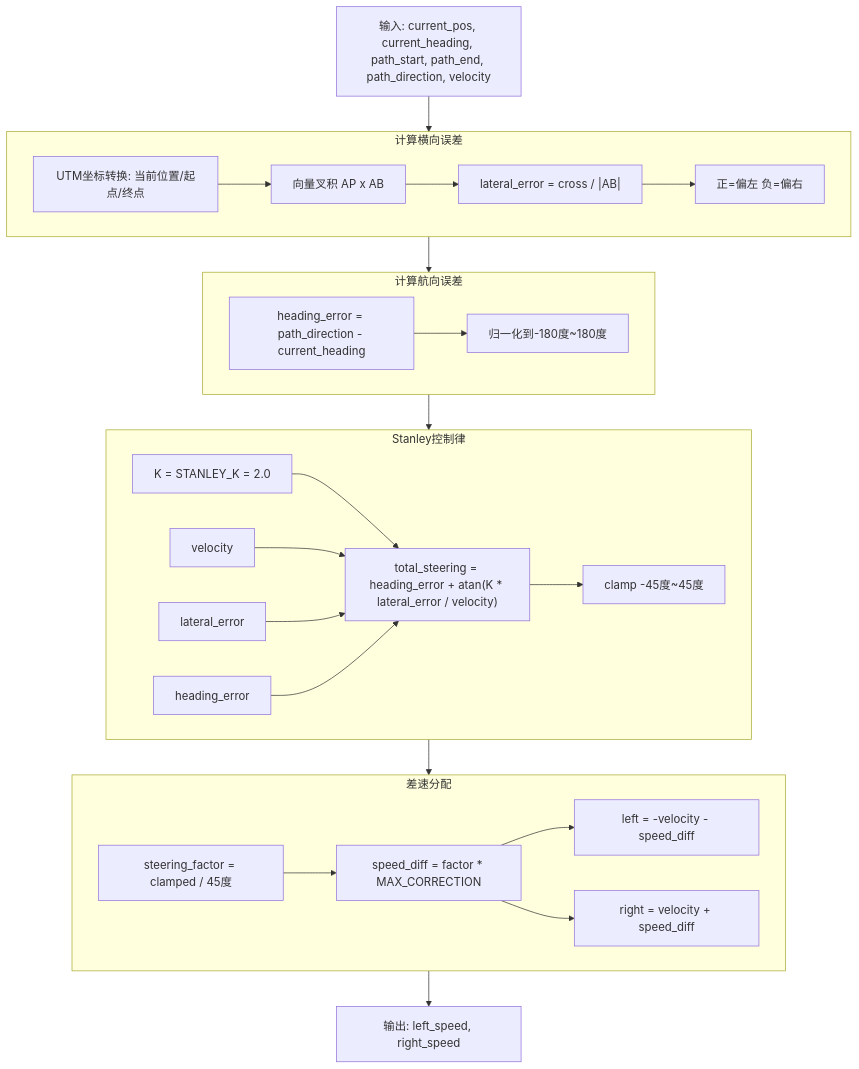
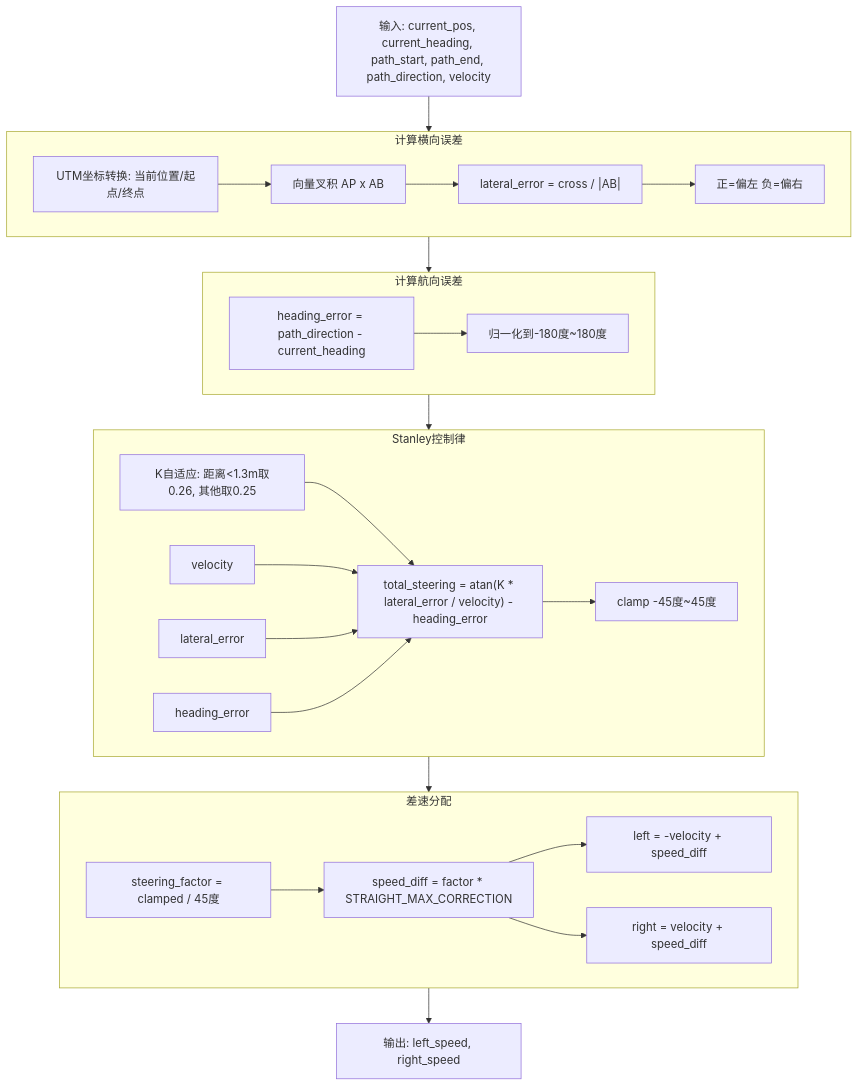
One commit to J123123-oss/robot_cleaning changed the fifth of 7 diagrams in README.md. Above: the diagram before and after it, drawn with Mermaid. The commit also changed other lines of this file and 1 other file, not shown here.

Commit message:
Handle abnormal Stanley heading recovery

````diff
--- a/README.md
+++ b/README.md
@@ -122,35 +125,35 @@
 ```mermaid
 graph TD
     INPUT["输入: current_pos, current_heading, path_start, path_end, path_direction, velocity"] --> STEP1
 
     subgraph STEP1["计算横向误差"]
         UTM1["UTM坐标转换: 当前位置/起点/终点"] --> CROSS["向量叉积 AP x AB"]
         CROSS --> LATERAL["lateral_error = cross / |AB|"]
         LATERAL --> SIGN["正=偏左 负=偏右"]
     end
 
     STEP1 --> STEP2
     subgraph STEP2["计算航向误差"]
         HEADING_ERR["heading_error = path_direction - current_heading"]
         HEADING_ERR --> NORMALIZE["归一化到-180度~180度"]
     end
 
     STEP2 --> STEP3
     subgraph STEP3["Stanley控制律"]
-        K["K = STANLEY_K = 2.0"] --> STEERING
+        K["K自适应: 距离<1.3m取0.26, 其他取0.25"] --> STEERING
         V["velocity"] --> STEERING
         LE["lateral_error"] --> STEERING
         HE["heading_error"] --> STEERING
-        STEERING["total_steering = heading_error + atan(K * lateral_error / velocity)"]
+        STEERING["total_steering = atan(K * lateral_error / velocity) - heading_error"]
         STEERING --> CLAMP["clamp -45度~45度"]
     end
 
     STEP3 --> STEP4
     subgraph STEP4["差速分配"]
-        FACTOR["steering_factor = clamped / 45度"] --> DIFF["speed_diff = factor * MAX_CORRECTION"]
-        DIFF --> LEFT["left = -velocity - speed_diff"]
+        FACTOR["steering_factor = clamped / 45度"] --> DIFF["speed_diff = factor * STRAIGHT_MAX_CORRECTION"]
+        DIFF --> LEFT["left = -velocity + speed_diff"]
         DIFF --> RIGHT["right = velocity + speed_diff"]
     end
 
     STEP4 --> OUTPUT["输出: left_speed, right_speed"]
 ```
````
